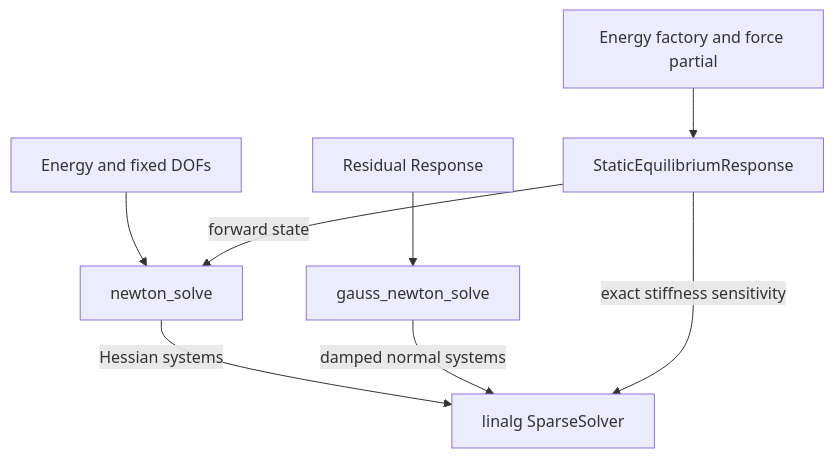
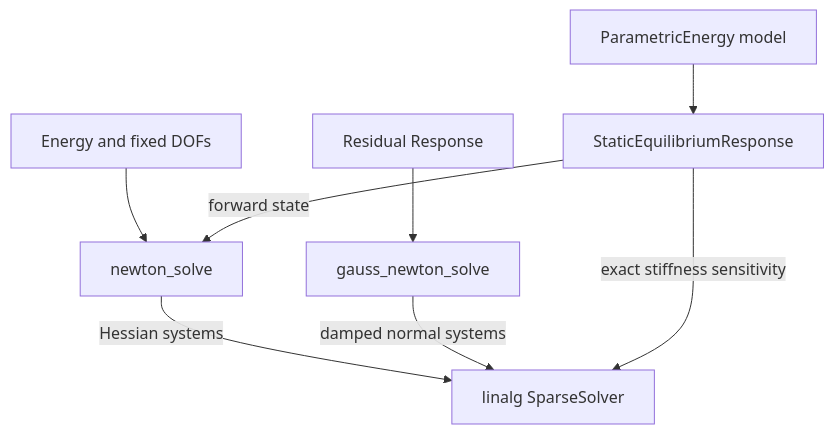
The diagram in docs/guide/solver/index.md (annajcy/litepgo), drawn with Mermaid before and after one commit. The commit also changed other lines of this file and 12 other files, not shown here.

Commit message:
Document parameterized energy models and equilibrium migration

````diff
--- a/docs/guide/solver/index.md
+++ b/docs/guide/solver/index.md
@@ -15,12 +15,12 @@
 ```mermaid
 flowchart TB
   accTitle: Nonlinear solver interfaces and delegated linear solves
   accDescr: Newton consumes Energy and Gauss-Newton consumes a residual Response. StaticEquilibriumResponse builds an Energy, invokes Newton, and uses exact stiffness for sensitivities. All sparse factorizations are delegated to linalg.
   energy["Energy and fixed DOFs"] --> newton["newton_solve"]
   residual["Residual Response"] --> gauss["gauss_newton_solve"]
-  factory["Energy factory and force partial"] --> equilibrium["StaticEquilibriumResponse"]
+  model["ParametricEnergy model"] --> equilibrium["StaticEquilibriumResponse"]
   equilibrium -->|forward state| newton
   newton -->|Hessian systems| linear["linalg SparseSolver"]
   gauss -->|damped normal systems| linear
   equilibrium -->|exact stiffness sensitivity| linear
 ```
````
